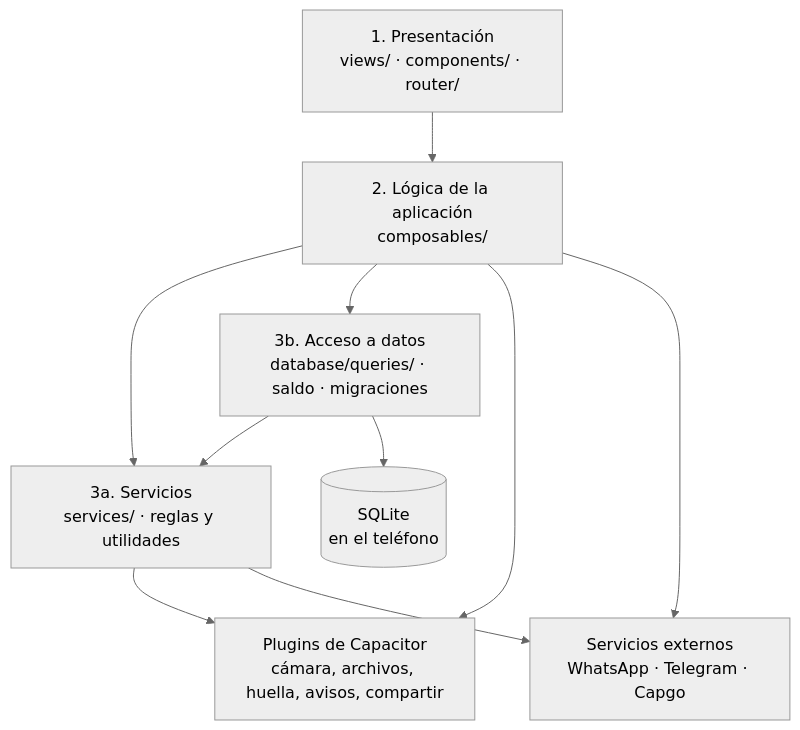
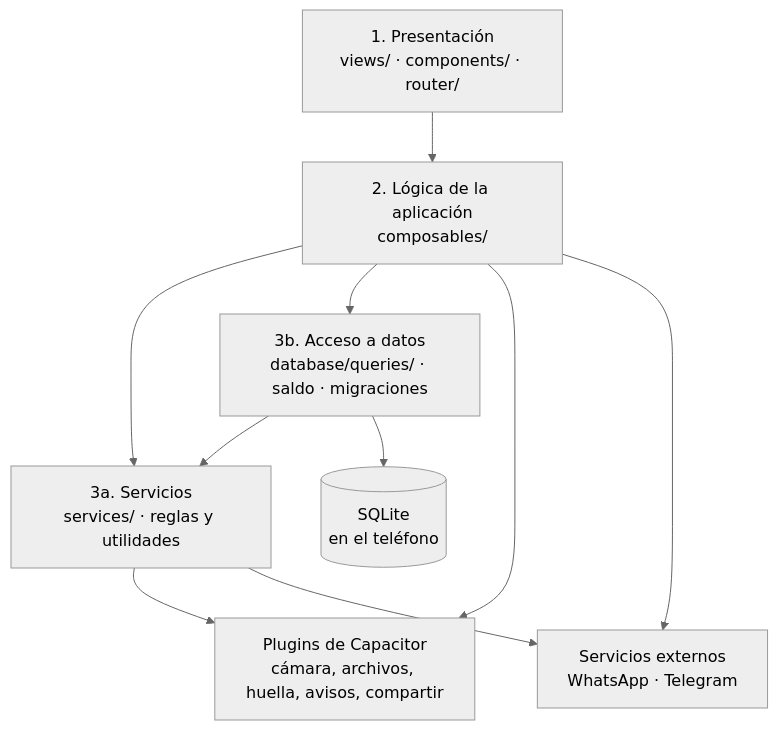
Before and after one commit to Aryannext/Costura-app: the first of 3 diagrams in docs/02-diseno/ARQUITECTURA.md, drawn with Mermaid. The commit also changed other lines of this file and 24 other files, not shown here.

````diff
--- a/docs/02-diseno/ARQUITECTURA.md
+++ b/docs/02-diseno/ARQUITECTURA.md
@@ -42,21 +41,21 @@
 ```mermaid
 %%{init: {'theme': 'neutral'}}%%
 flowchart TB
     P["1. Presentación<br/>views/ · components/ · router/"]
     L["2. Lógica de la aplicación<br/>composables/"]
     S["3a. Servicios<br/>services/ · reglas y utilidades"]
     D["3b. Acceso a datos<br/>database/queries/ · saldo · migraciones"]
     BD[("SQLite<br/>en el teléfono")]
     N["Plugins de Capacitor<br/>cámara, archivos, huella, avisos, compartir"]
-    E["Servicios externos<br/>WhatsApp · Telegram · Capgo"]
+    E["Servicios externos<br/>WhatsApp · Telegram"]
 
     P --> L
     L --> S
     L --> D
     D --> S
     D --> BD
     L --> N
     S --> N
     L --> E
     S --> E
 ```
````
